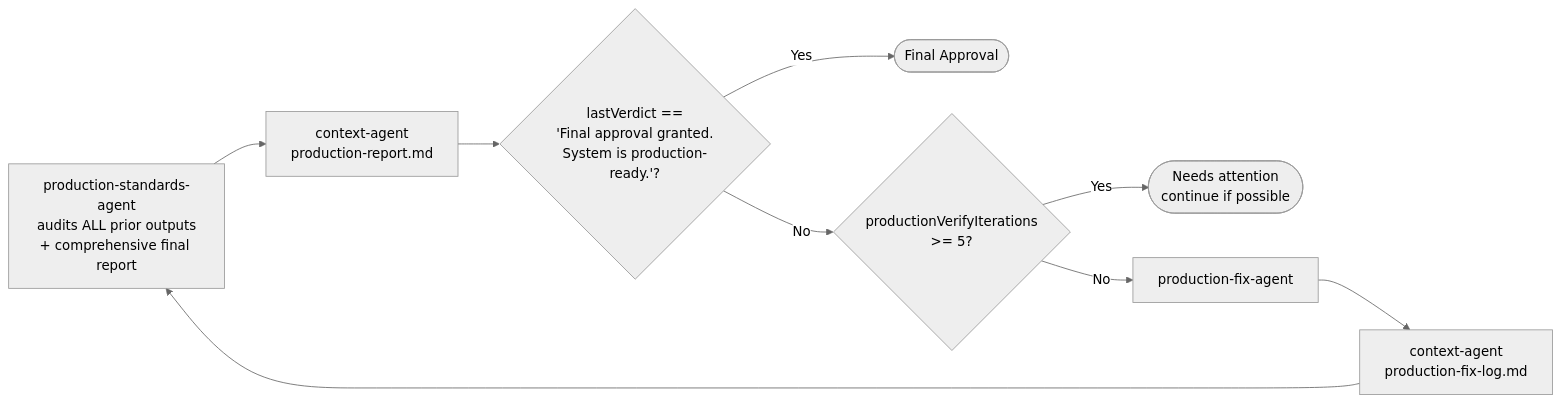
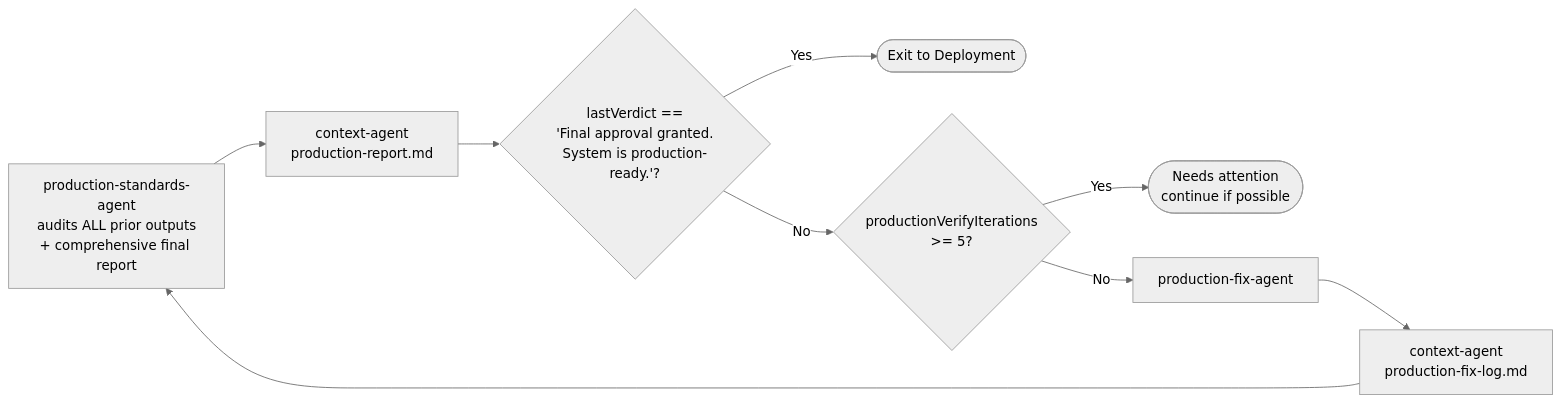
Diagram 13 of 19 in .cursor/agents/ARCHITECTURE.md (priyam-qo-box/agents), drawn with Mermaid (neutral theme) before and after one commit. The commit also changed other lines of this file and 25 other files, not shown here.

````diff
--- a/.cursor/agents/ARCHITECTURE.md
+++ b/.cursor/agents/ARCHITECTURE.md
@@ -537,11 +580,11 @@
 ```mermaid
 flowchart LR
     A["production-standards-agent<br/>audits ALL prior outputs<br/>+ comprehensive final report"] --> B["context-agent<br/>production-report.md"]
     B --> C{"lastVerdict ==<br/>'Final approval granted.<br/>System is production-ready.'?"}
-    C -->|Yes| Exit([Final Approval])
+    C -->|Yes| Exit([Exit to Deployment])
     C -->|No| D{productionVerifyIterations<br/>>= 5?}
     D -->|Yes| Stop([Needs attention<br/>continue if possible])
     D -->|No| E[production-fix-agent]
     E --> F["context-agent<br/>production-fix-log.md"]
     F --> A
 ```
````
